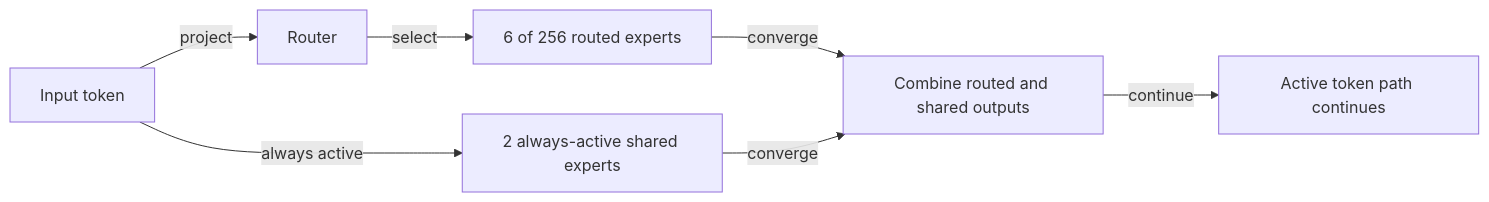
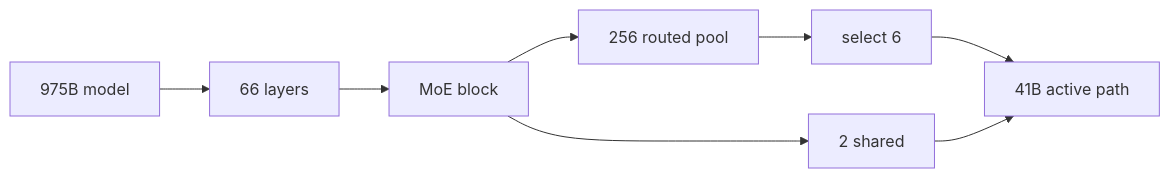
The third of 3 diagrams in docs/visual-manifests/VISUAL_MANIFEST_INKLING.md (Betancourt1/paper_atlas), drawn with Mermaid before and after one commit. The commit also changed other lines of this file and 52 other files, not shown here.

````diff
--- a/docs/visual-manifests/VISUAL_MANIFEST_INKLING.md
+++ b/docs/visual-manifests/VISUAL_MANIFEST_INKLING.md
@@ -1147,15 +305,17 @@
 ```mermaid
 flowchart LR
-  token["Input token"]
-  router["Router"]
-  routed["6 of 256 routed experts"]
-  shared["2 always-active shared experts"]
-  merge["Combine routed and shared outputs"]
-  active["Active token path continues"]
-  token -->|"project"| router
-  router -->|"select"| routed
-  token -->|"always active"| shared
-  routed -->|"converge"| merge
-  shared -->|"converge"| merge
-  merge -->|"continue"| active
+  n0["975B model"]
+  n1["66 layers"]
+  n2["MoE block"]
+  n3["256 routed pool"]
+  n4["select 6"]
+  n5["2 shared"]
+  n6["41B active path"]
+  n0 --> n1
+  n1 --> n2
+  n2 --> n3
+  n3 --> n4
+  n2 --> n5
+  n4 --> n6
+  n5 --> n6
 ```
````
